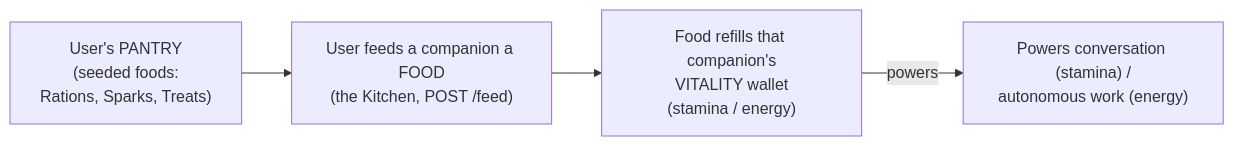
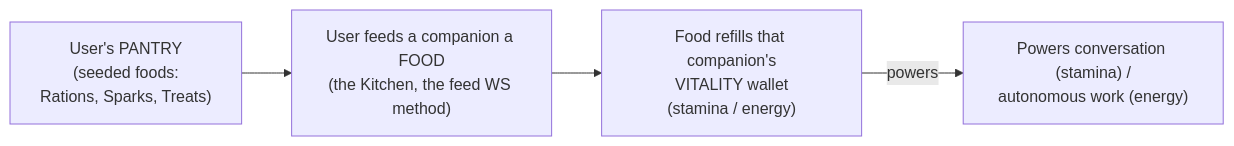
One commit to CobbleStamp/CobbleCompanion changed the diagram in docs/companion-economy.md. Above: the diagram before and after it, drawn with Mermaid. The commit also changed 6 other files, not shown here.

````diff
--- a/docs/companion-economy.md
+++ b/docs/companion-economy.md
@@ -39,8 +39,8 @@
 ```mermaid
 flowchart LR
     S["User's PANTRY<br/>(seeded foods:<br/>Rations, Sparks, Treats)"]
-    F["User feeds a companion a FOOD<br/>(the Kitchen, POST /feed)"]
+    F["User feeds a companion a FOOD<br/>(the Kitchen, the feed WS method)"]
     V["Food refills that companion's<br/>VITALITY wallet<br/>(stamina / energy)"]
     P["Powers conversation (stamina) /<br/>autonomous work (energy)"]
     S --> F --> V -->|powers| P
 ```
````
